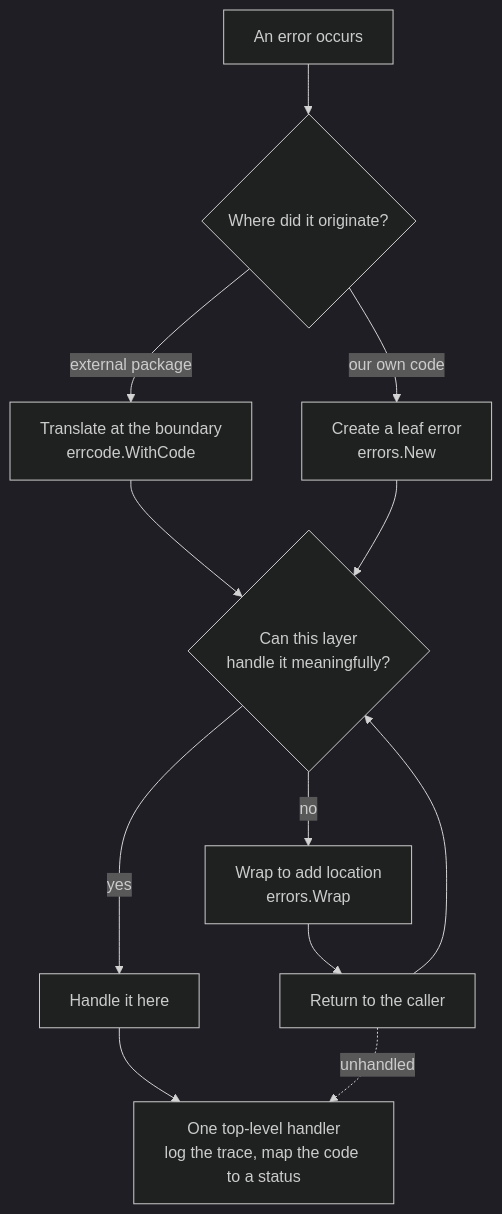
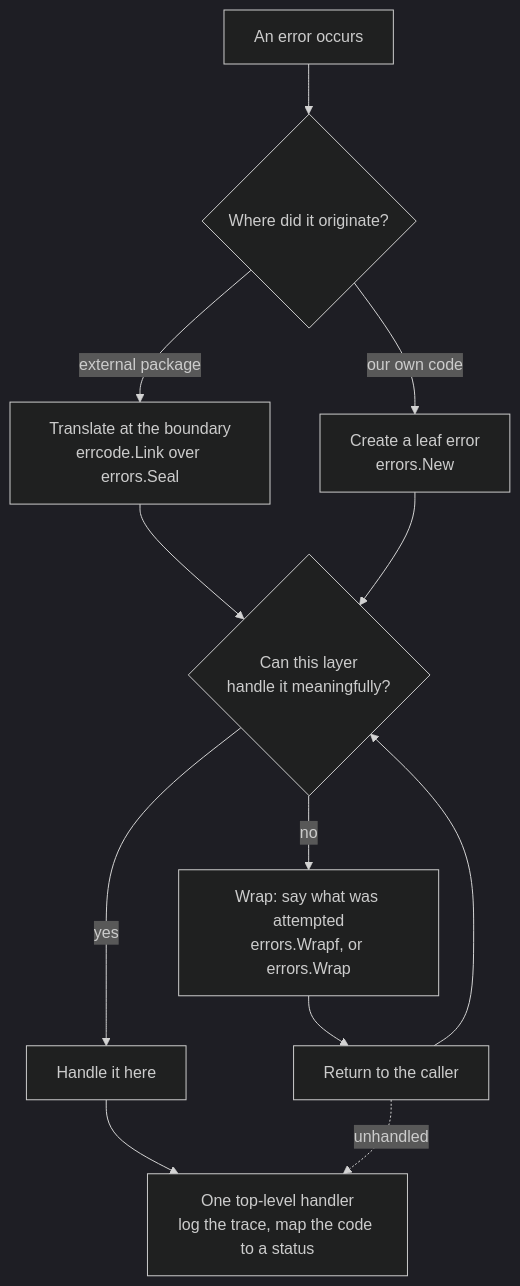
The first of 2 diagrams in philosophy.md (StevenACoffman/toerr), drawn with Mermaid (dark theme) before and after one commit. The commit also changed other lines of this file and 71 other files, not shown here.

````diff
--- a/philosophy.md
+++ b/philosophy.md
@@ -492,14 +908,14 @@
 ```mermaid
 graph TD
     A[An error occurs] --> B{Where did it originate?}
-    B -->|external package| C[Translate at the boundary<br/>errcode.WithCode]
+    B -->|external package| C[Translate at the boundary<br/>errcode.Link over errors.Seal]
     B -->|our own code| D[Create a leaf error<br/>errors.New]
     C --> F{Can this layer<br/>handle it meaningfully?}
     D --> F
     F -->|yes| G[Handle it here]
-    F -->|no| H[Wrap to add location<br/>errors.Wrap]
+    F -->|no| H[Wrap: say what was attempted<br/>errors.Wrapf, or errors.Wrap]
     H --> I[Return to the caller]
     I --> F
     G --> Z[One top-level handler<br/>log the trace, map the code to a status]
     I -.unhandled.-> Z
 ```
````
